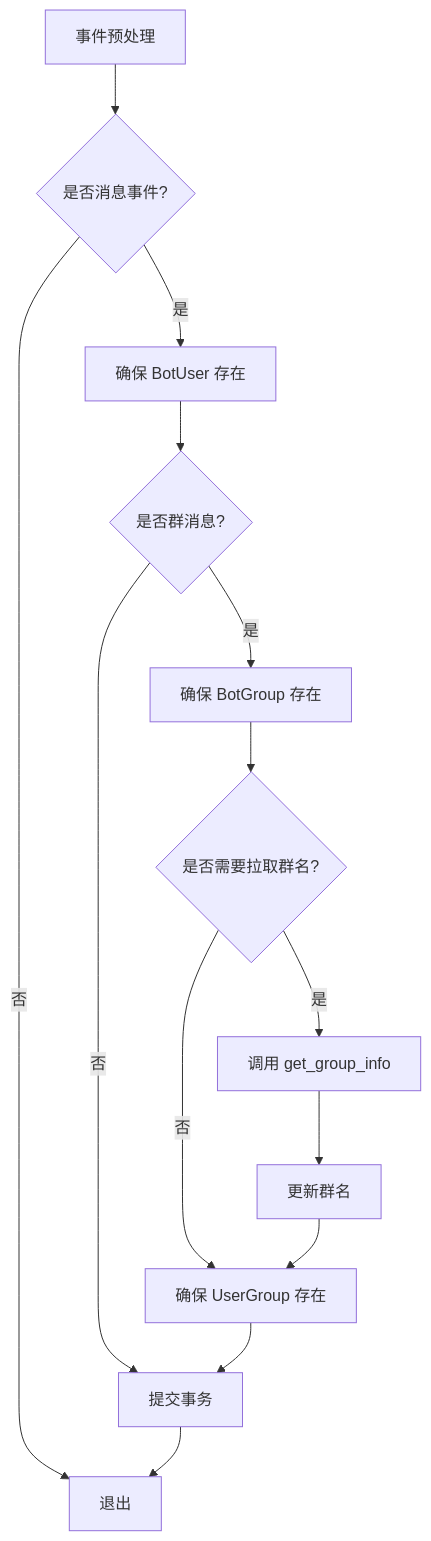
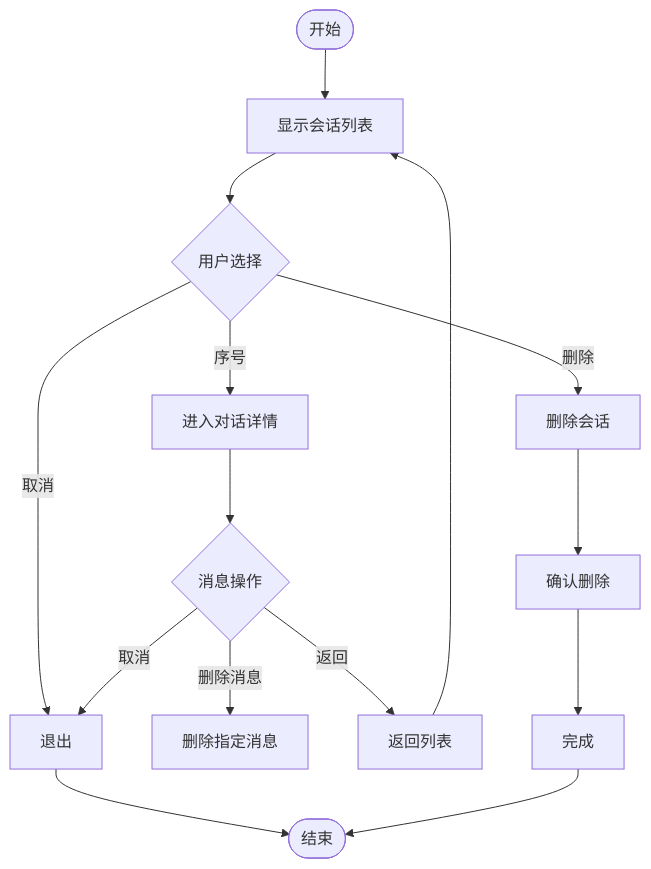
One commit to Wohaokunr/yawn_bot changed the fourth of 6 diagrams in .qoder/repowiki/zh/content/核心功能模块/AI功能集成.md. Above: the diagram before and after it, drawn with Mermaid. The commit also changed other lines of this file and 28 other files, not shown here.

````diff
--- a/.qoder/repowiki/zh/content/核心功能模块/AI功能集成.md
+++ b/.qoder/repowiki/zh/content/核心功能模块/AI功能集成.md
@@ -252,16 +213,17 @@
 ```mermaid
 flowchart TD
-S["事件预处理"] --> Type{"是否消息事件?"}
-Type --> |否| Exit["退出"]
-Type --> |是| EnsureUser["确保 BotUser 存在"]
-EnsureUser --> GroupCheck{"是否群消息?"}
-GroupCheck --> |否| Commit["提交事务"]
-GroupCheck --> |是| EnsureGroup["确保 BotGroup 存在"]
-EnsureGroup --> FetchName{"是否需要拉取群名?"}
-FetchName --> |是| CallAPI["调用 get_group_info"]
-CallAPI --> UpdateName["更新群名"]
-FetchName --> |否| EnsureUserGroup["确保 UserGroup 存在"]
-UpdateName --> EnsureUserGroup
-EnsureUserGroup --> Commit
-Commit --> Exit
+Start(["开始"]) --> Menu["显示会话列表"]
+Menu --> Choice{"用户选择"}
+Choice --> |序号| Detail["进入对话详情"]
+Choice --> |删除| Delete["删除会话"]
+Choice --> |取消| Exit["退出"]
+Detail --> MsgChoice{"消息操作"}
+MsgChoice --> |删除消息| DelMsg["删除指定消息"]
+MsgChoice --> |返回| Back["返回列表"]
+MsgChoice --> |取消| Exit
+Delete --> Confirm["确认删除"]
+Confirm --> Done["完成"]
+Back --> Menu
+Exit --> End(["结束"])
+Done --> End
 ```
````
